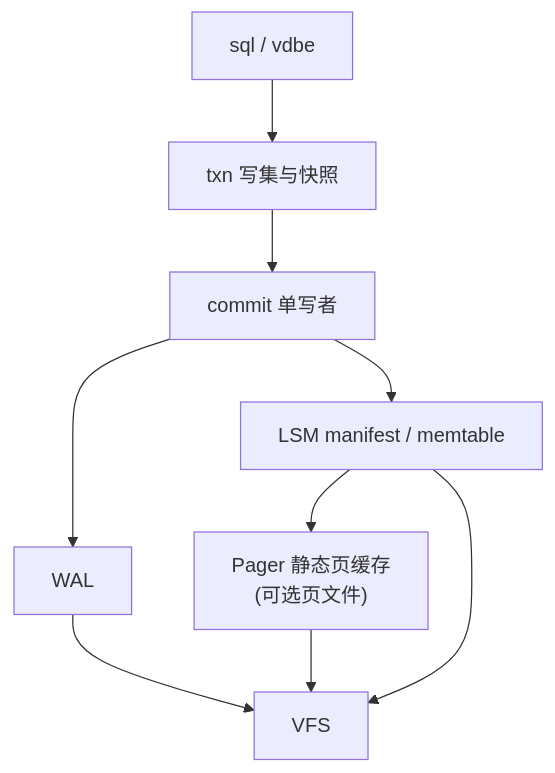
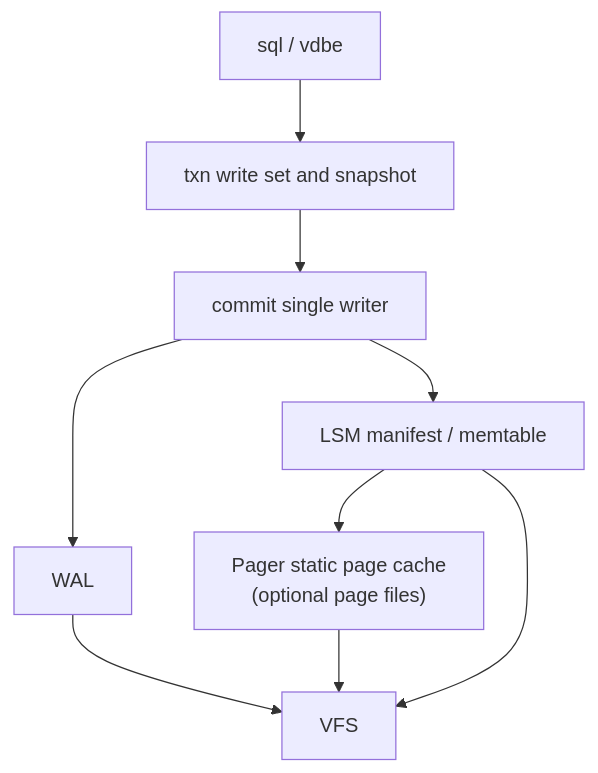
The first of 2 diagrams in docs/architecture/pager-and-static-cache.md (viloris-org/Pico), drawn with Mermaid before and after one commit. The commit also changed other lines of this file and 30 other files, not shown here.

````diff
--- a/docs/architecture/pager-and-static-cache.md
+++ b/docs/architecture/pager-and-static-cache.md
@@ -36,11 +28,11 @@
 ```mermaid
 flowchart TB
-  sql["sql / vdbe"] --> txn["txn 写集与快照"]
-  txn --> commit["commit 单写者"]
+  sql["sql / vdbe"] --> txn["txn write set and snapshot"]
+  txn --> commit["commit single writer"]
   commit --> wal["WAL"]
   commit --> lsm["LSM manifest / memtable"]
-  lsm --> pager["Pager 静态页缓存\n(可选页文件)"]
+  lsm --> pager["Pager static page cache\n(optional page files)"]
   wal --> vfs["VFS"]
   pager --> vfs
   lsm --> vfs
 ```
````
